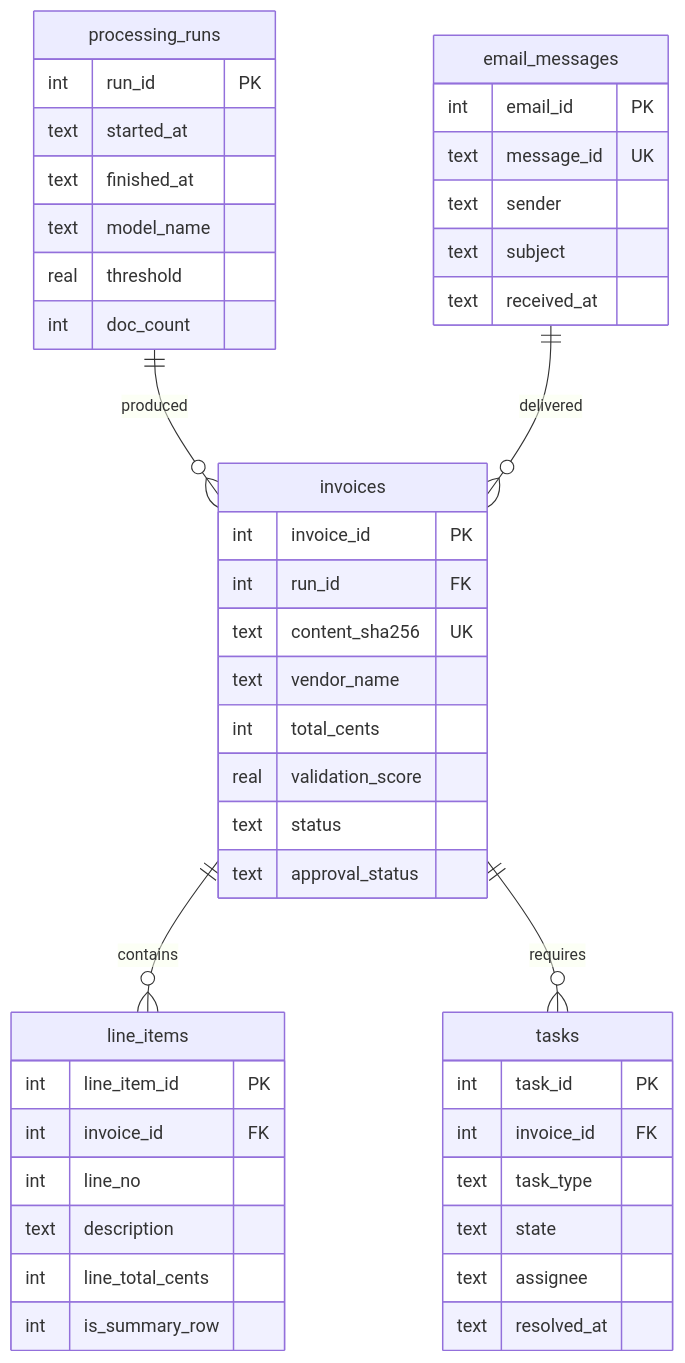
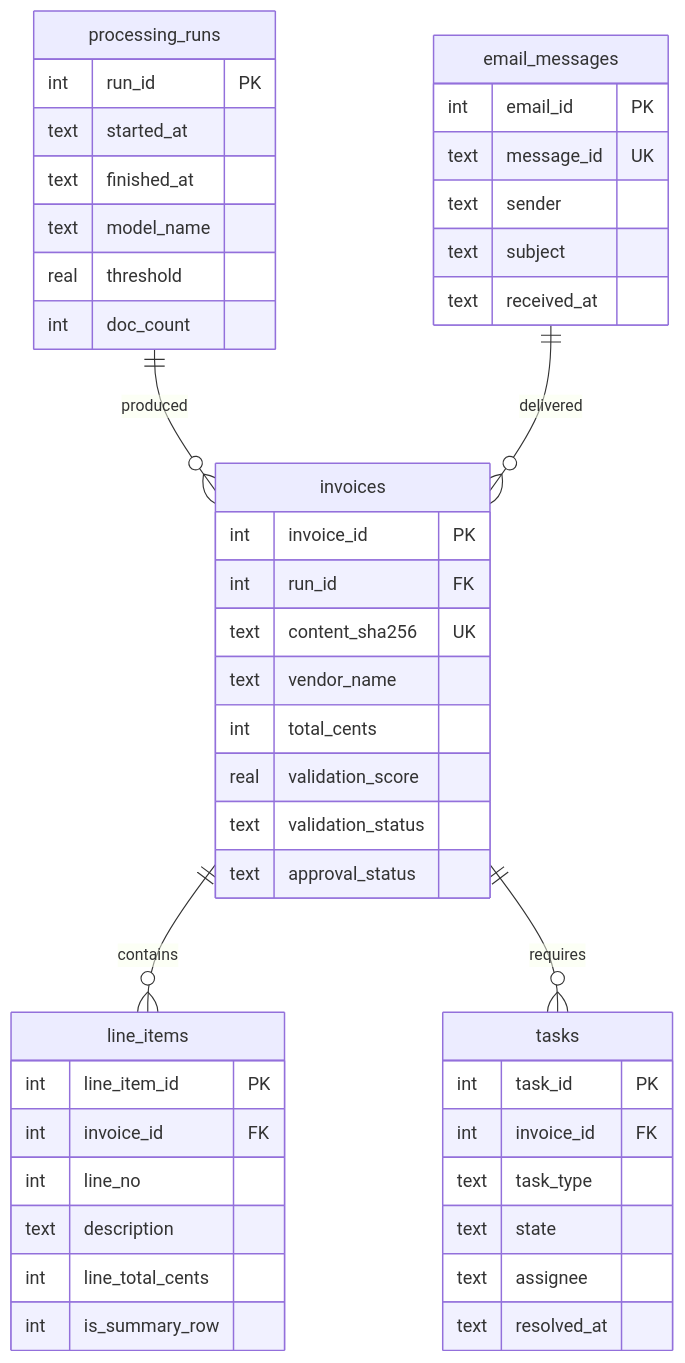
One commit to LALAJJ0302/invoice-local-llm-demo changed the diagram in database-spec.md. Above: the diagram before and after it, drawn with Mermaid. The commit also changed other lines of this file and 11 other files, not shown here.

First line of the commit message:
Rename invoices.status to validation_status

````diff
--- a/database-spec.md
+++ b/database-spec.md
@@ -36,50 +36,50 @@
 ```mermaid
 erDiagram
     processing_runs ||--o{ invoices : "produced"
     email_messages  ||--o{ invoices : "delivered"
     invoices ||--o{ line_items : "contains"
     invoices ||--o{ tasks : "requires"
 
     email_messages {
         int  email_id PK
         text message_id UK
         text sender
         text subject
         text received_at
     }
 
     processing_runs {
         int  run_id PK
         text started_at
         text finished_at
         text model_name
         real threshold
         int  doc_count
     }
     invoices {
         int  invoice_id PK
         int  run_id FK
         text content_sha256 UK
         text vendor_name
         int  total_cents
         real validation_score
-        text status
+        text validation_status
         text approval_status
     }
     line_items {
         int  line_item_id PK
         int  invoice_id FK
         int  line_no
         text description
         int  line_total_cents
         int  is_summary_row
     }
     tasks {
         int  task_id PK
         int  invoice_id FK
         text task_type
         text state
         text assignee
         text resolved_at
     }
 ```
````
